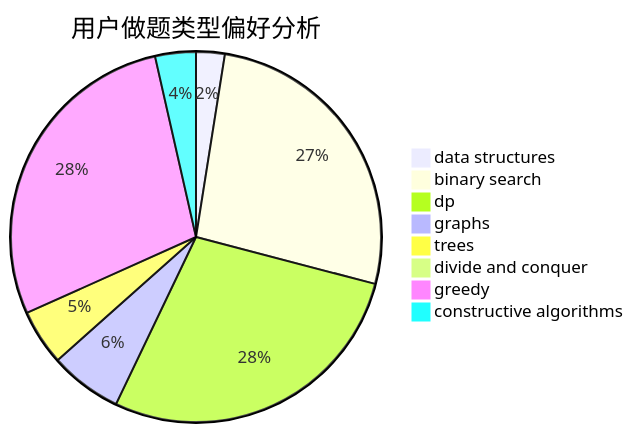
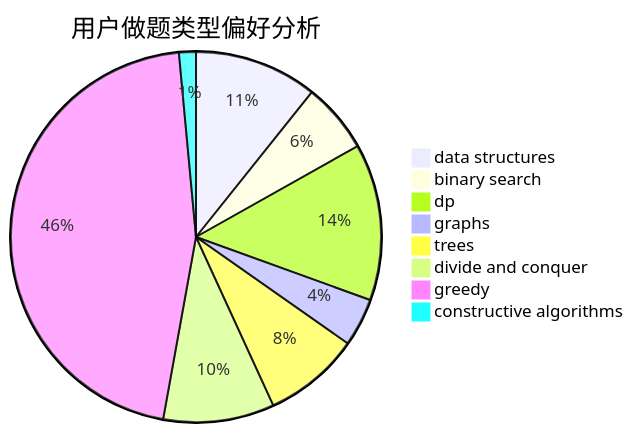
The second of 3 diagrams in docs/user/u132.md (sherpahu/cfrs.github.io), drawn with Mermaid before and after one commit. The commit also changed other lines of this file and 2770 other files, not shown here.

````diff
--- a/docs/user/u132.md
+++ b/docs/user/u132.md
@@ -23,11 +23,11 @@
 ```mermaid
 pie title 用户做题类型偏好分析
-    "data structures" :  19
-    "binary search" :  202
-    "dp" :  213
-    "graphs" :  48
-    "trees" :  37
-    "divide and conquer" :  1
-    "greedy" :  214
-    "constructive algorithms" :  27
+    "data structures" :  51
+    "binary search" :  29
+    "dp" :  65
+    "graphs" :  20
+    "trees" :  40
+    "divide and conquer" :  46
+    "greedy" :  217
+    "constructive algorithms" :  7
 ```
````
